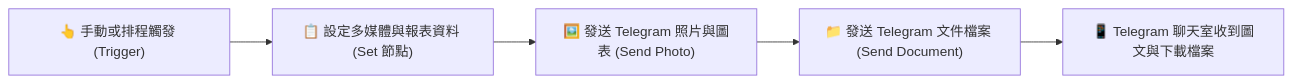
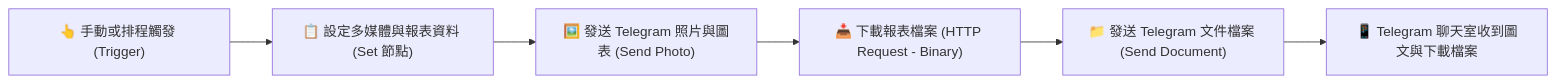
Before and after one commit to roberthsu2003/n8n: the diagram in 通訊軟體整合/Telegram/Telegram發送多媒體與文件/README.md, drawn with Mermaid. The commit also changed other lines of this file and 1 other file, not shown here.

````diff
--- a/通訊軟體整合/Telegram/Telegram發送多媒體與文件/README.md
+++ b/通訊軟體整合/Telegram/Telegram發送多媒體與文件/README.md
@@ -12,7 +12,8 @@
 ```mermaid
 flowchart LR
     A["👆 手動或排程觸發 (Trigger)"] --> B["📋 設定多媒體與報表資料 (Set 節點)"]
     B --> C["🖼️ 發送 Telegram 照片與圖表 (Send Photo)"]
-    C --> D["📁 發送 Telegram 文件檔案 (Send Document)"]
-    D --> E["📱 Telegram 聊天室收到圖文與下載檔案"]
+    C --> D["📥 下載報表檔案 (HTTP Request - Binary)"]
+    D --> E["📁 發送 Telegram 文件檔案 (Send Document)"]
+    E --> F["📱 Telegram 聊天室收到圖文與下載檔案"]
 ```
````
